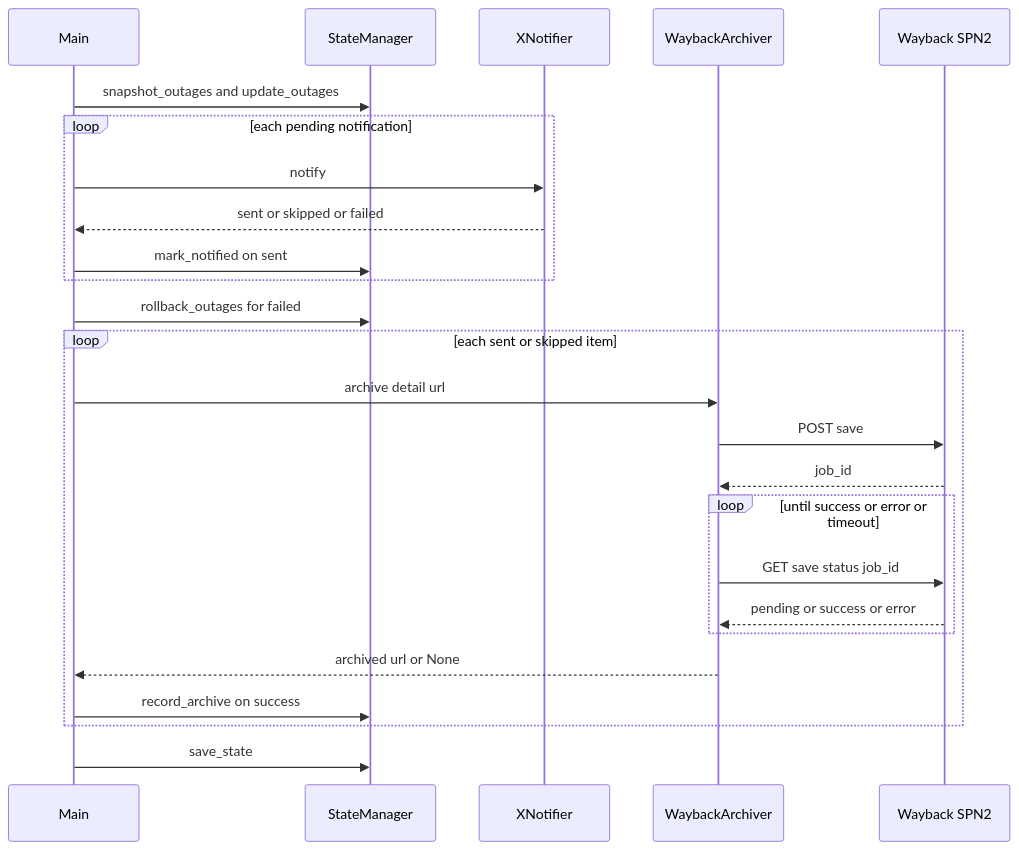
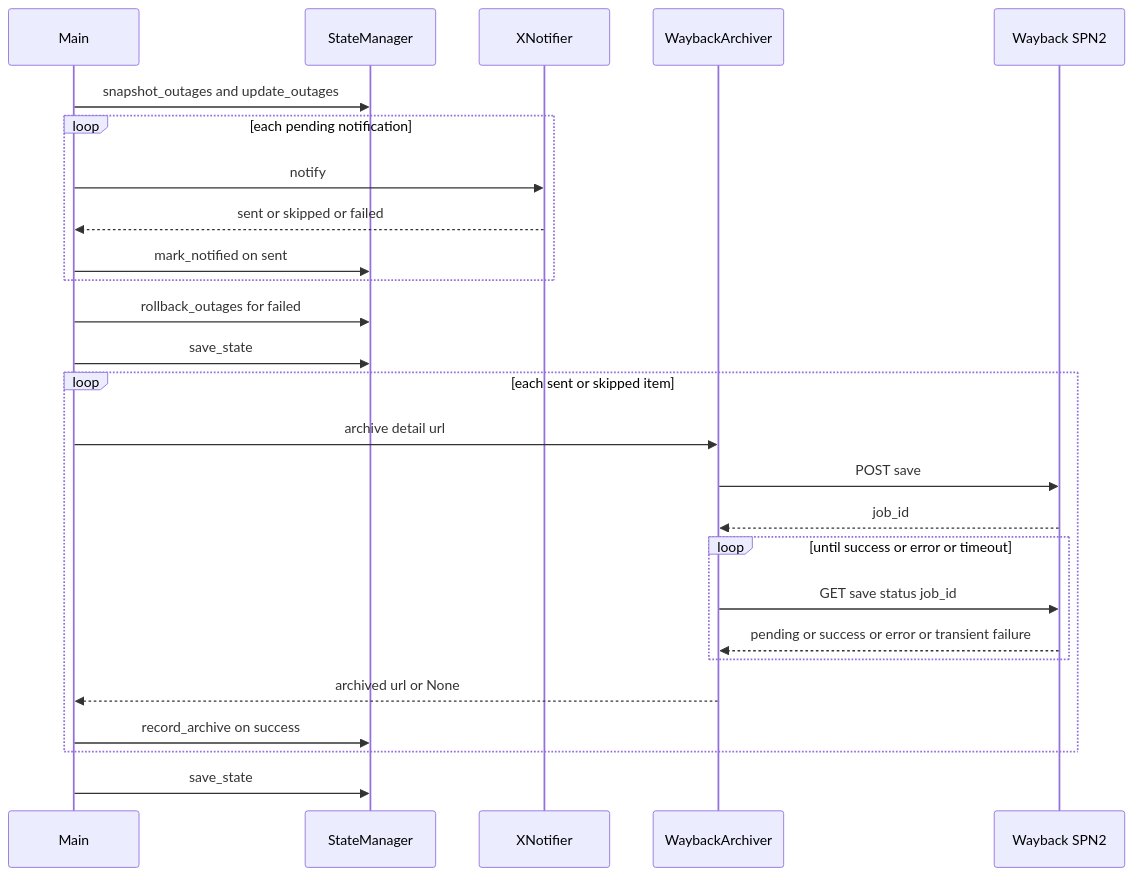
Before and after one commit to wisteria3221/toshima-tv-outage-notifier: the second of 2 diagrams in .kiro/specs/outage-page-archive/design.md, drawn with Mermaid. The commit also changed other lines of this file and 10 other files, not shown here.

````diff
--- a/.kiro/specs/outage-page-archive/design.md
+++ b/.kiro/specs/outage-page-archive/design.md
@@ -146,28 +146,29 @@
 ```mermaid
 sequenceDiagram
     participant Main
     participant State as StateManager
     participant Notifier as XNotifier
     participant Archiver as WaybackArchiver
     participant SPN2 as Wayback SPN2
 
     Main->>State: snapshot_outages and update_outages
     loop each pending notification
         Main->>Notifier: notify
         Notifier-->>Main: sent or skipped or failed
         Main->>State: mark_notified on sent
     end
     Main->>State: rollback_outages for failed
+    Main->>State: save_state
     loop each sent or skipped item
         Main->>Archiver: archive detail url
         Archiver->>SPN2: POST save
         SPN2-->>Archiver: job_id
         loop until success or error or timeout
             Archiver->>SPN2: GET save status job_id
-            SPN2-->>Archiver: pending or success or error
+            SPN2-->>Archiver: pending or success or error or transient failure
         end
         Archiver-->>Main: archived url or None
         Main->>State: record_archive on success
     end
     Main->>State: save_state
 ```
````
